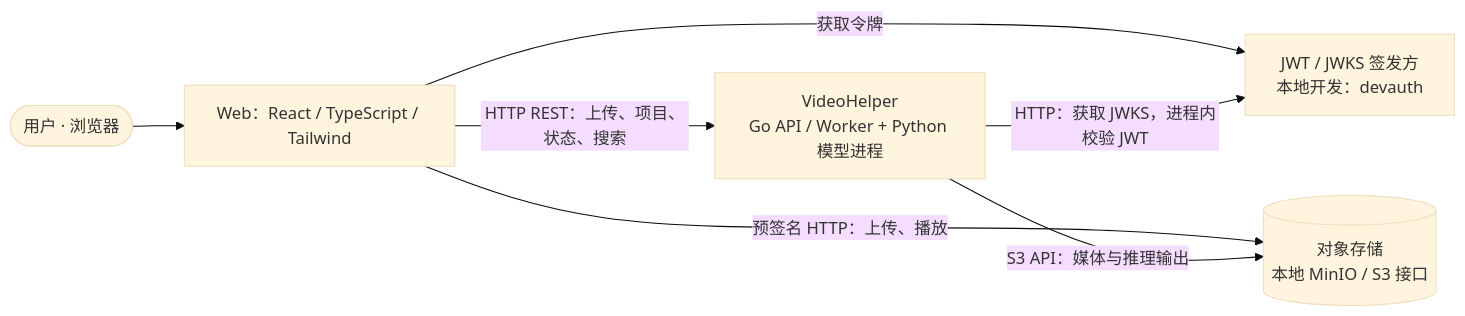
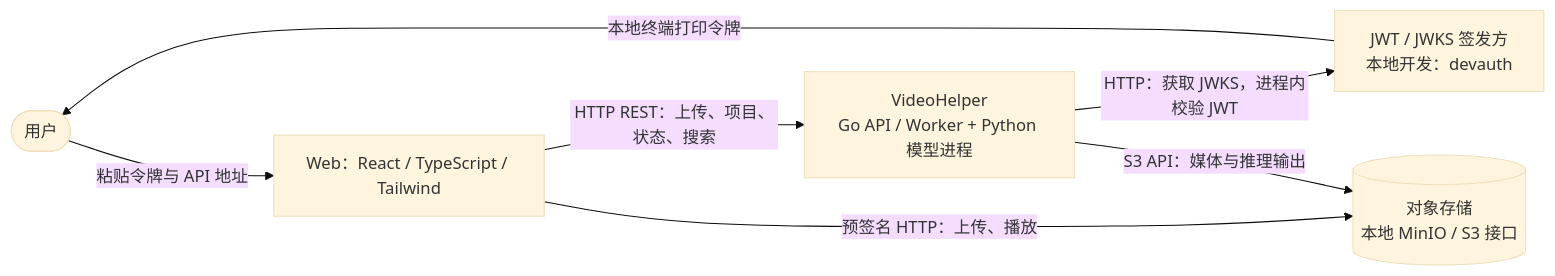
The second of 19 diagrams in docs/design.md (realOzine/videohelper), drawn with Mermaid (base theme) before and after one commit. The commit also changed other lines of this file, not shown here.

Commit message:
docs: clarify token entry and runtime diagnostics

````diff
--- a/docs/design.md
+++ b/docs/design.md
@@ -175,14 +175,14 @@
 ```mermaid
 flowchart LR
-  U(["用户 · 浏览器"])
+  U(["用户"])
   WEB["Web：React / TypeScript / Tailwind"]
   VH["VideoHelper<br/>Go API / Worker + Python 模型进程"]
   AUTH["JWT / JWKS 签发方<br/>本地开发：devauth"]
   OBJ[("对象存储<br/>本地 MinIO / S3 接口")]
-  U --> WEB
+  AUTH -->|"本地终端打印令牌"| U
+  U -->|"粘贴令牌与 API 地址"| WEB
   WEB -->|"HTTP REST：上传、项目、状态、搜索"| VH
-  WEB -->|"获取令牌"| AUTH
   VH -->|"HTTP：获取 JWKS，进程内校验 JWT"| AUTH
   WEB -->|"预签名 HTTP：上传、播放"| OBJ
   VH -->|"S3 API：媒体与推理输出"| OBJ
 ```
````
